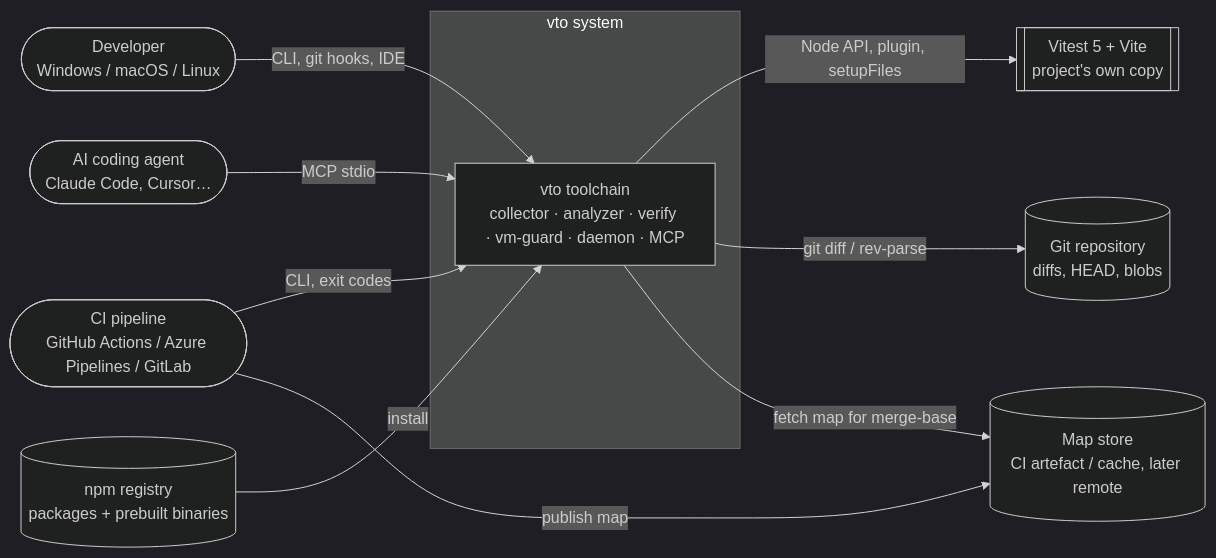
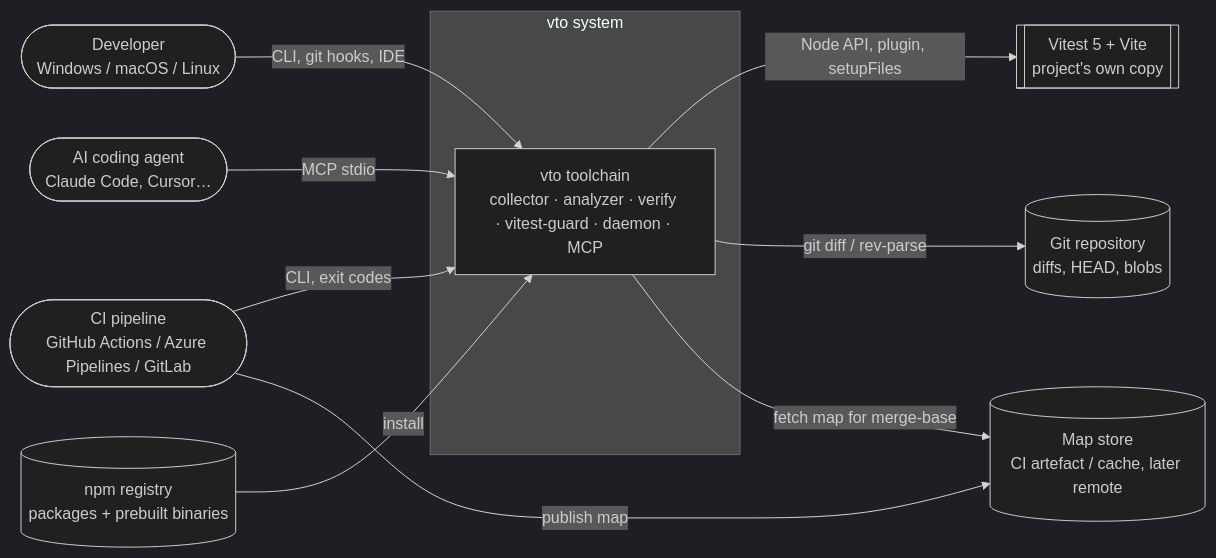
Before and after one commit to kral/pyramids: the first of 4 diagrams in ARCHITECTURE.md, drawn with Mermaid (dark theme). The commit also changed other lines of this file and 123 other files, not shown here.

First line of the commit message:
Rename vm-guard to vitest-guard

````diff
--- a/ARCHITECTURE.md
+++ b/ARCHITECTURE.md
@@ -54,22 +54,22 @@
 ```mermaid
 flowchart LR
   dev([Developer<br/>Windows / macOS / Linux])
   agent([AI coding agent<br/>Claude Code, Cursor…])
   ci([CI pipeline<br/>GitHub Actions / Azure Pipelines / GitLab])
   subgraph vto[vto system]
-    core[vto toolchain<br/>collector · analyzer · verify · vm-guard · daemon · MCP]
+    core[vto toolchain<br/>collector · analyzer · verify · vitest-guard · daemon · MCP]
   end
   vitest[[Vitest 5 + Vite<br/>project's own copy]]
   git[(Git repository<br/>diffs, HEAD, blobs)]
   npm[(npm registry<br/>packages + prebuilt binaries)]
   cache[(Map store<br/>CI artefact / cache, later remote)]
 
   dev -- CLI, git hooks, IDE --> core
   agent -- MCP stdio --> core
   ci -- CLI, exit codes --> core
   core -- Node API, plugin, setupFiles --> vitest
   core -- git diff / rev-parse --> git
   npm -- install --> core
   ci -- publish map --> cache
   core -- fetch map for merge-base --> cache
 ```
````
